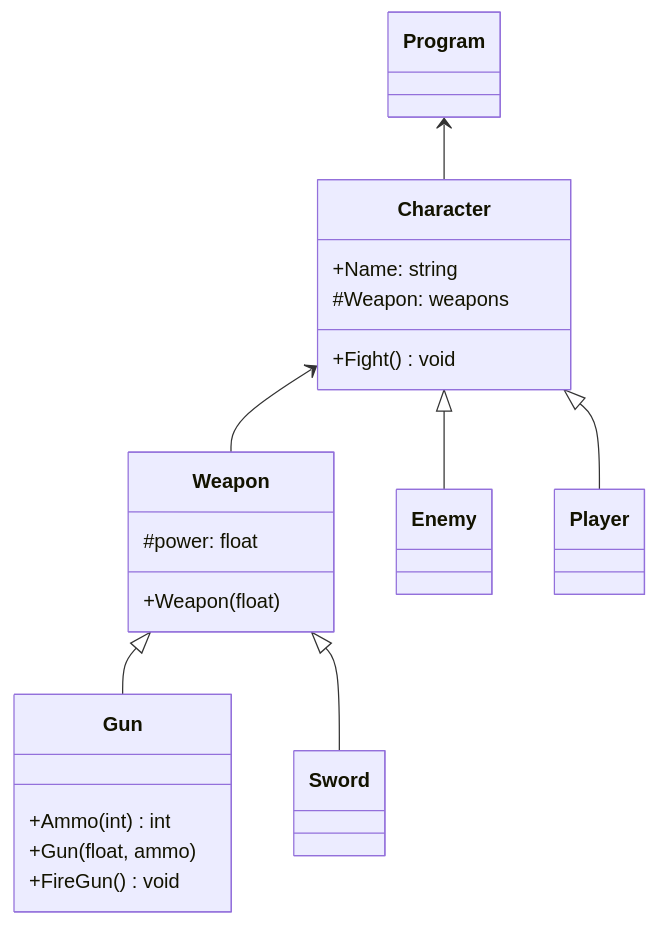
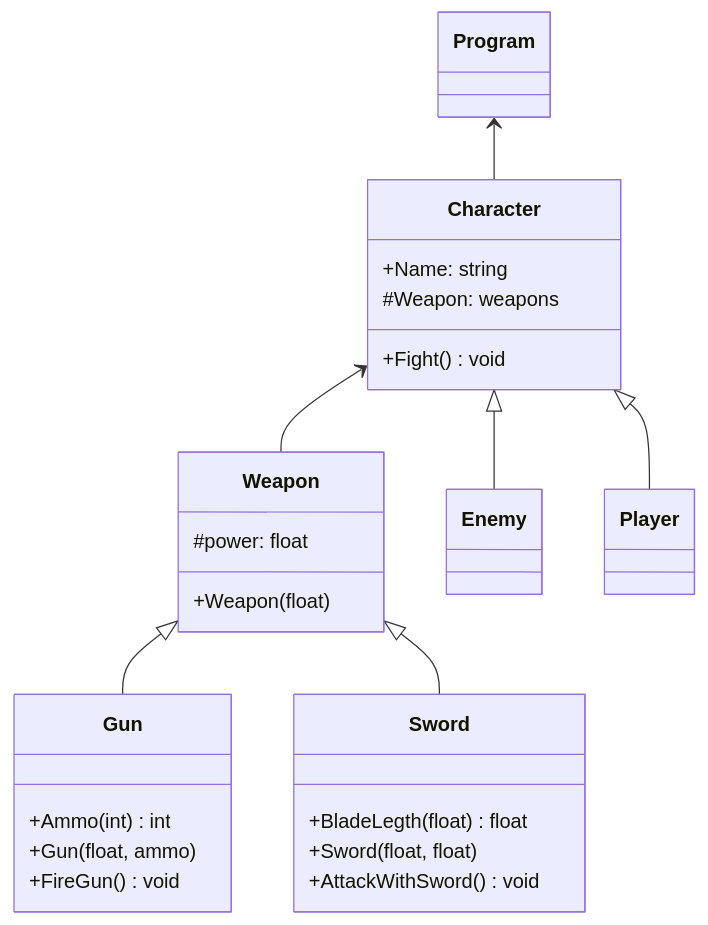
Before and after one commit to FabioRibeiro404/LP1Semana07: the diagram in README.md, drawn with Mermaid.

Commit message:
Add class Sword

````diff
--- a/README.md
+++ b/README.md
@@ -2,34 +2,39 @@
 ```mermaid
 
 classDiagram
 
 Program <-- Character
 Character <-- Weapon
 
 Character <|-- Enemy
 Character <|-- Player
 
 Weapon <|-- Gun
 Weapon <|-- Sword
 
 class Program{
       
 }
 
 class Character{
       +Name: string
       #Weapon: weapons
       +Fight() void
 }
 class Weapon{
       #power: float
       +Weapon(float)
 }
 class Gun{
       +Ammo(int) int
       +Gun(float, ammo)
       +FireGun() void
 }
+class Sword{
+      +BladeLegth(float) float
+      +Sword(float, float)
+      +AttackWithSword() void
+}
 
 
 ```
````
